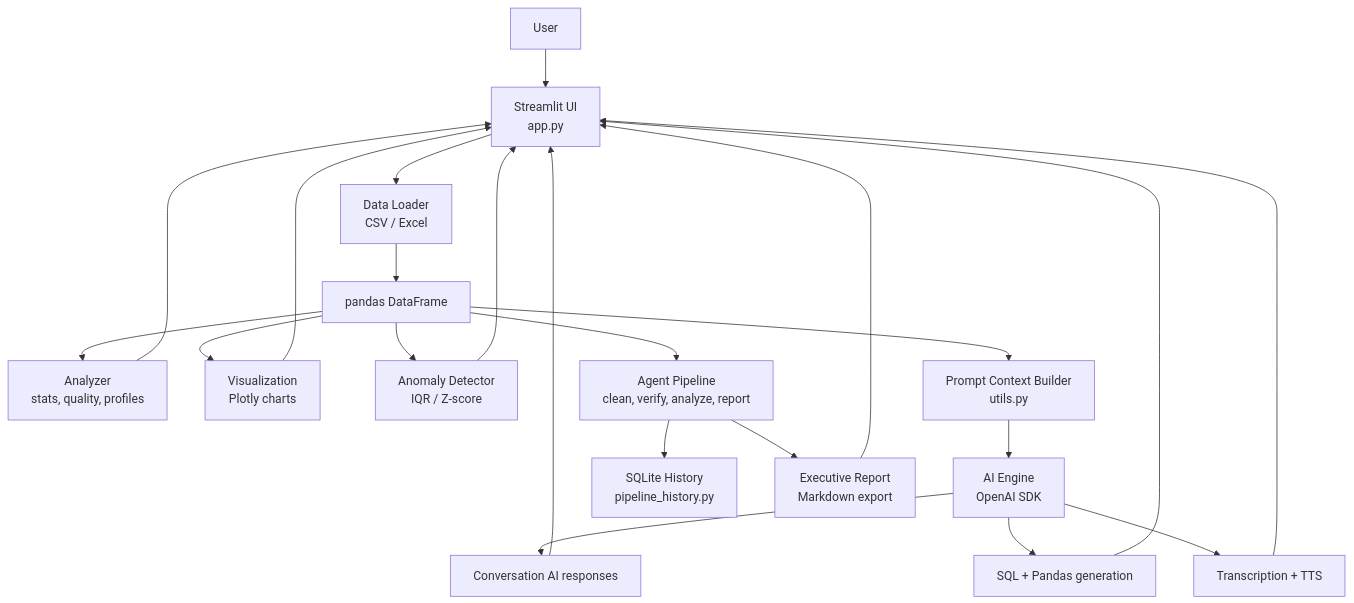
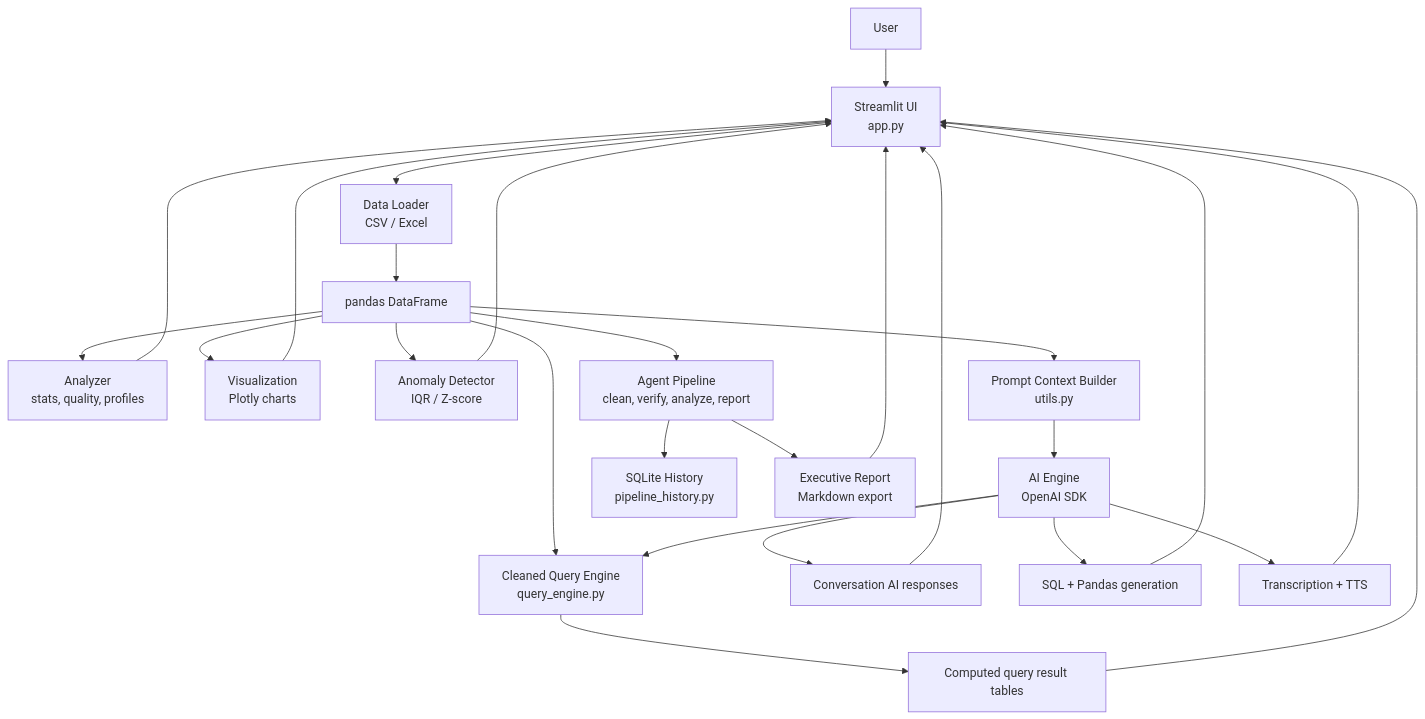
The diagram in README.md (AryanHooda-04/AI_Data_Analyst), drawn with Mermaid before and after one commit. The commit also changed other lines of this file and 4 other files, not shown here.

Commit message:
Add InsightAnalytica branding and cleaned query results

````diff
--- a/README.md
+++ b/README.md
@@ -62,24 +64,28 @@
 ```mermaid
 flowchart TD
     User["User"] --> UI["Streamlit UI<br/>app.py"]
     UI --> Loader["Data Loader<br/>CSV / Excel"]
     Loader --> DF["pandas DataFrame"]
     DF --> Analyzer["Analyzer<br/>stats, quality, profiles"]
     DF --> Viz["Visualization<br/>Plotly charts"]
     DF --> Anomaly["Anomaly Detector<br/>IQR / Z-score"]
     DF --> Pipeline["Agent Pipeline<br/>clean, verify, analyze, report"]
     DF --> Context["Prompt Context Builder<br/>utils.py"]
+    DF --> Query["Cleaned Query Engine<br/>query_engine.py"]
     Context --> AI["AI Engine<br/>OpenAI SDK"]
     AI --> Chat["Conversation AI responses"]
+    AI --> Query
+    Query --> Results["Computed query result tables"]
     AI --> Code["SQL + Pandas generation"]
     AI --> Voice["Transcription + TTS"]
     Pipeline --> History["SQLite History<br/>pipeline_history.py"]
     Pipeline --> Report["Executive Report<br/>Markdown export"]
     Chat --> UI
     Code --> UI
     Viz --> UI
     Analyzer --> UI
     Anomaly --> UI
     Report --> UI
+    Results --> UI
     Voice --> UI
 ```
````
